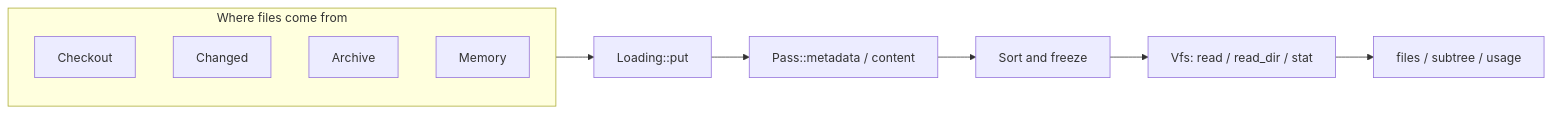
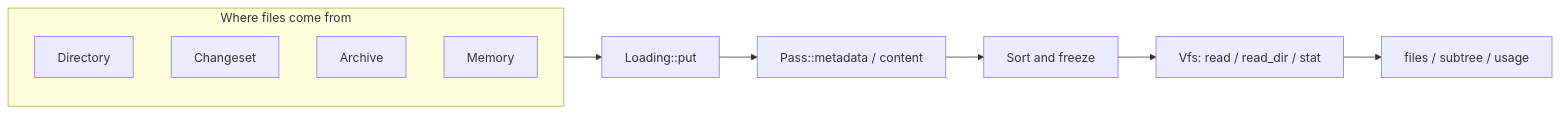
Before and after one commit to gitlabhq/orbit-knowledge-graph: the diagram in crates/utils/src/vfs/README.md, drawn with Mermaid. The commit also changed other lines of this file and 11 other files, not shown here.

Commit message:
refactor(utils): name Vfs sources Directory and Changeset

````diff
--- a/crates/utils/src/vfs/README.md
+++ b/crates/utils/src/vfs/README.md
@@ -6,14 +6,14 @@
 ```mermaid
 flowchart LR
     subgraph sources["Where files come from"]
-        checkout[Checkout]
-        changed[Changed]
+        directory[Directory]
+        changeset[Changeset]
         archive[Archive]
         memory[Memory]
     end
     sources --> loading["Loading::put"]
     loading --> policy["Pass::metadata / content"]
     policy --> freeze["Sort and freeze"]
     freeze --> store["Vfs: read / read_dir / stat"]
     store --> inventory["files / subtree / usage"]
 ```
````
